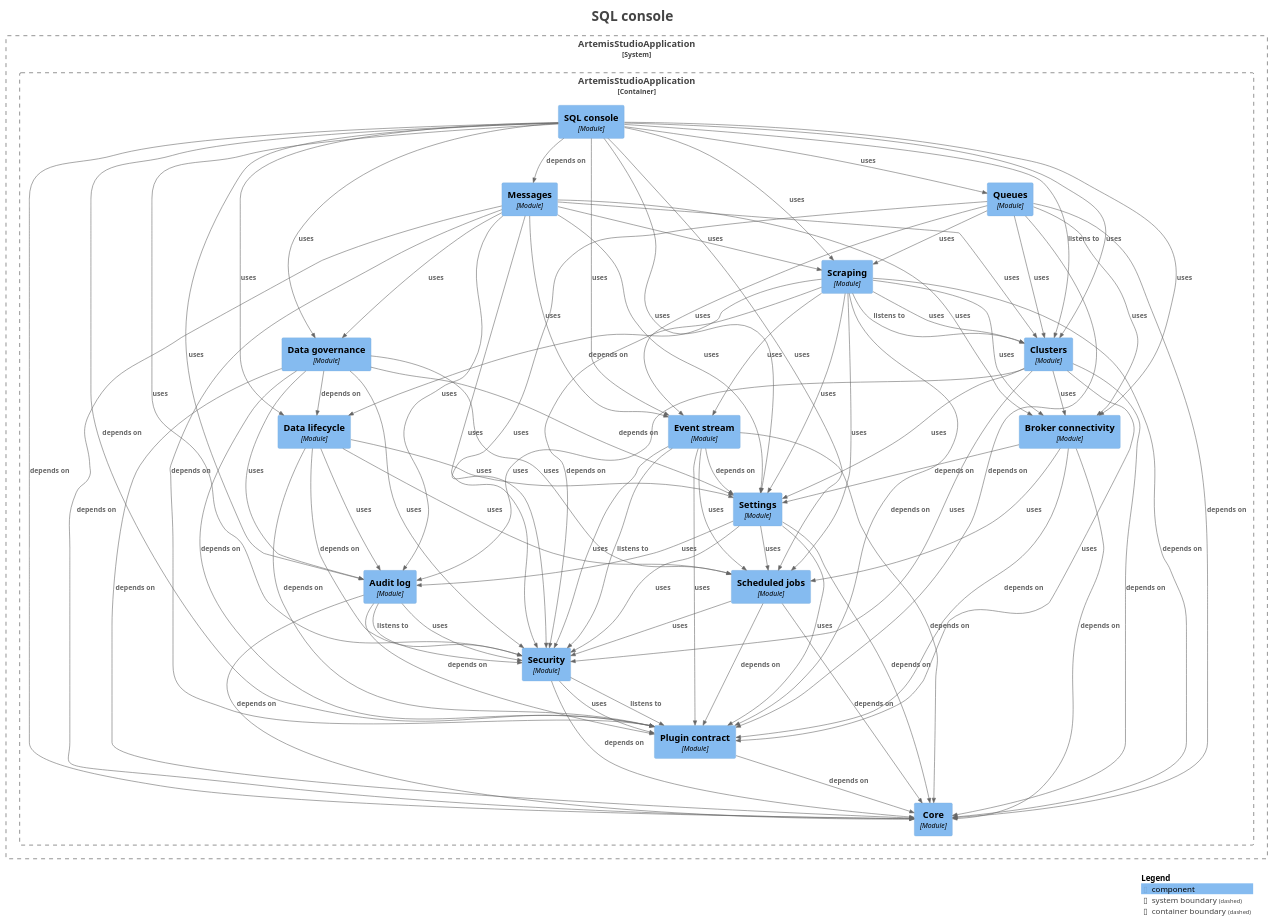
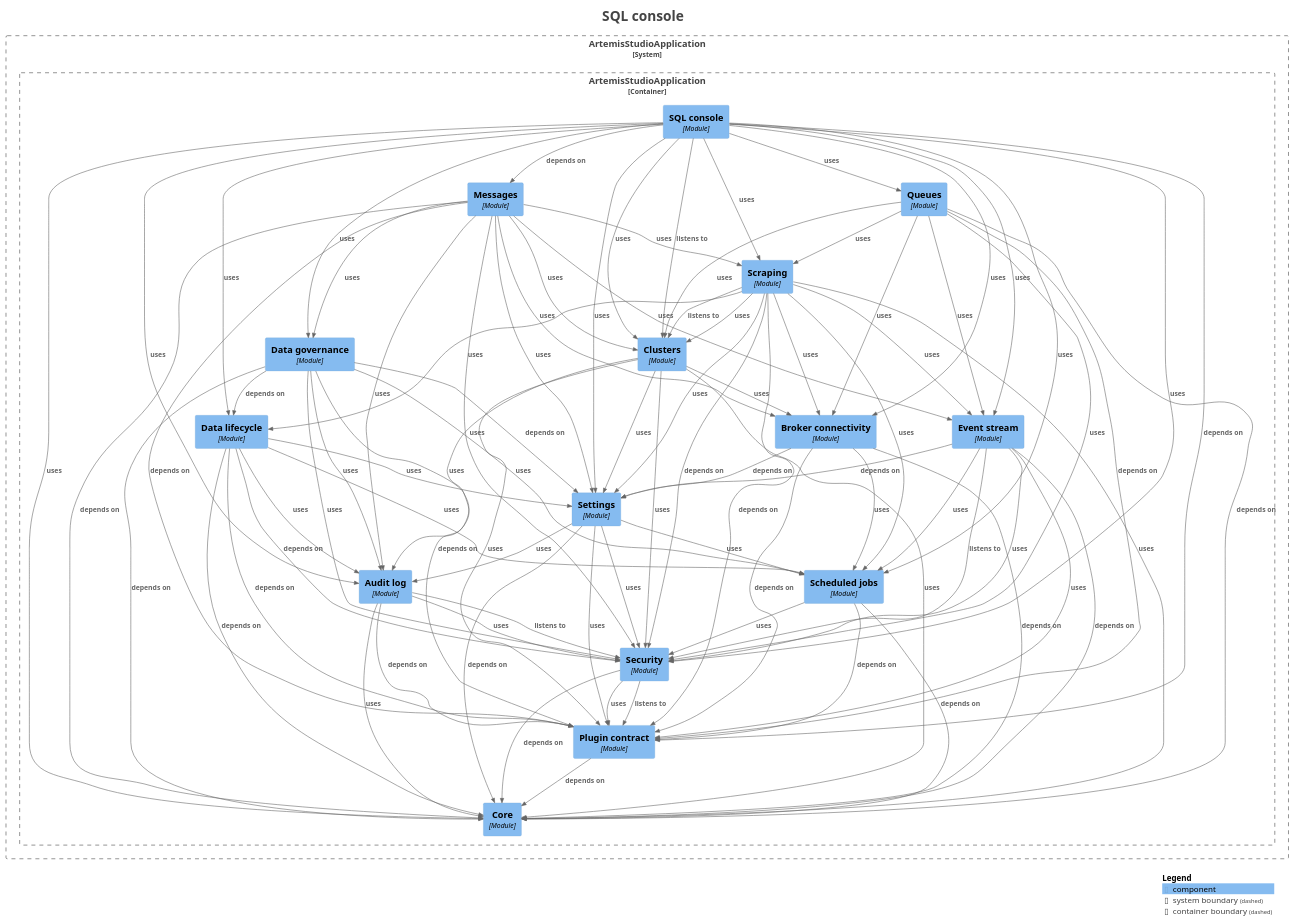
The diagram in docs/modules/module-feature.sql.puml (sudoitir/artemis-studio), drawn with PlantUML before and after one commit. The commit also changed 498 other files, not shown here.

```diff
--- a/docs/modules/module-feature.sql.puml
+++ b/docs/modules/module-feature.sql.puml
@@ -36,7 +36,7 @@
 
 }
 
-Rel(ArtemisStudioApplication.ArtemisStudioApplication.Auditlog, ArtemisStudioApplication.ArtemisStudioApplication.Core, "depends on", $techn="", $tags="", $link="")
+Rel(ArtemisStudioApplication.ArtemisStudioApplication.Auditlog, ArtemisStudioApplication.ArtemisStudioApplication.Core, "uses", $techn="", $tags="", $link="")
 Rel(ArtemisStudioApplication.ArtemisStudioApplication.Auditlog, ArtemisStudioApplication.ArtemisStudioApplication.Plugincontract, "depends on", $techn="", $tags="", $link="")
 Rel(ArtemisStudioApplication.ArtemisStudioApplication.Auditlog, ArtemisStudioApplication.ArtemisStudioApplication.Security, "listens to", $techn="", $tags="", $link="")
 Rel(ArtemisStudioApplication.ArtemisStudioApplication.Auditlog, ArtemisStudioApplication.ArtemisStudioApplication.Security, "uses", $techn="", $tags="", $link="")
@@ -46,7 +46,7 @@
 Rel(ArtemisStudioApplication.ArtemisStudioApplication.Brokerconnectivity, ArtemisStudioApplication.ArtemisStudioApplication.Settings, "depends on", $techn="", $tags="", $link="")
 Rel(ArtemisStudioApplication.ArtemisStudioApplication.Clusters, ArtemisStudioApplication.ArtemisStudioApplication.Auditlog, "uses", $techn="", $tags="", $link="")
 Rel(ArtemisStudioApplication.ArtemisStudioApplication.Clusters, ArtemisStudioApplication.ArtemisStudioApplication.Brokerconnectivity, "uses", $techn="", $tags="", $link="")
-Rel(ArtemisStudioApplication.ArtemisStudioApplication.Clusters, ArtemisStudioApplication.ArtemisStudioApplication.Core, "depends on", $techn="", $tags="", $link="")
+Rel(ArtemisStudioApplication.ArtemisStudioApplication.Clusters, ArtemisStudioApplication.ArtemisStudioApplication.Core, "uses", $techn="", $tags="", $link="")
 Rel(ArtemisStudioApplication.ArtemisStudioApplication.Clusters, ArtemisStudioApplication.ArtemisStudioApplication.Plugincontract, "uses", $techn="", $tags="", $link="")
 Rel(ArtemisStudioApplication.ArtemisStudioApplication.Clusters, ArtemisStudioApplication.ArtemisStudioApplication.Security, "uses", $techn="", $tags="", $link="")
 Rel(ArtemisStudioApplication.ArtemisStudioApplication.Clusters, ArtemisStudioApplication.ArtemisStudioApplication.Settings, "uses", $techn="", $tags="", $link="")
@@ -58,6 +58,7 @@
 Rel(ArtemisStudioApplication.ArtemisStudioApplication.Datagovernance, ArtemisStudioApplication.ArtemisStudioApplication.Security, "uses", $techn="", $tags="", $link="")
 Rel(ArtemisStudioApplication.ArtemisStudioApplication.Datagovernance, ArtemisStudioApplication.ArtemisStudioApplication.Settings, "depends on", $techn="", $tags="", $link="")
 Rel(ArtemisStudioApplication.ArtemisStudioApplication.Datalifecycle, ArtemisStudioApplication.ArtemisStudioApplication.Auditlog, "uses", $techn="", $tags="", $link="")
+Rel(ArtemisStudioApplication.ArtemisStudioApplication.Datalifecycle, ArtemisStudioApplication.ArtemisStudioApplication.Core, "depends on", $techn="", $tags="", $link="")
 Rel(ArtemisStudioApplication.ArtemisStudioApplication.Datalifecycle, ArtemisStudioApplication.ArtemisStudioApplication.Plugincontract, "depends on", $techn="", $tags="", $link="")
 Rel(ArtemisStudioApplication.ArtemisStudioApplication.Datalifecycle, ArtemisStudioApplication.ArtemisStudioApplication.Scheduledjobs, "uses", $techn="", $tags="", $link="")
 Rel(ArtemisStudioApplication.ArtemisStudioApplication.Datalifecycle, ArtemisStudioApplication.ArtemisStudioApplication.Security, "depends on", $techn="", $tags="", $link="")
@@ -90,7 +91,7 @@
 Rel(ArtemisStudioApplication.ArtemisStudioApplication.SQLconsole, ArtemisStudioApplication.ArtemisStudioApplication.Brokerconnectivity, "uses", $techn="", $tags="", $link="")
 Rel(ArtemisStudioApplication.ArtemisStudioApplication.SQLconsole, ArtemisStudioApplication.ArtemisStudioApplication.Clusters, "listens to", $techn="", $tags="", $link="")
 Rel(ArtemisStudioApplication.ArtemisStudioApplication.SQLconsole, ArtemisStudioApplication.ArtemisStudioApplication.Clusters, "uses", $techn="", $tags="", $link="")
-Rel(ArtemisStudioApplication.ArtemisStudioApplication.SQLconsole, ArtemisStudioApplication.ArtemisStudioApplication.Core, "depends on", $techn="", $tags="", $link="")
+Rel(ArtemisStudioApplication.ArtemisStudioApplication.SQLconsole, ArtemisStudioApplication.ArtemisStudioApplication.Core, "uses", $techn="", $tags="", $link="")
 Rel(ArtemisStudioApplication.ArtemisStudioApplication.SQLconsole, ArtemisStudioApplication.ArtemisStudioApplication.Datagovernance, "uses", $techn="", $tags="", $link="")
 Rel(ArtemisStudioApplication.ArtemisStudioApplication.SQLconsole, ArtemisStudioApplication.ArtemisStudioApplication.Datalifecycle, "uses", $techn="", $tags="", $link="")
 Rel(ArtemisStudioApplication.ArtemisStudioApplication.SQLconsole, ArtemisStudioApplication.ArtemisStudioApplication.Eventstream, "uses", $techn="", $tags="", $link="")
@@ -107,8 +108,8 @@
 Rel(ArtemisStudioApplication.ArtemisStudioApplication.Scraping, ArtemisStudioApplication.ArtemisStudioApplication.Brokerconnectivity, "uses", $techn="", $tags="", $link="")
 Rel(ArtemisStudioApplication.ArtemisStudioApplication.Scraping, ArtemisStudioApplication.ArtemisStudioApplication.Clusters, "listens to", $techn="", $tags="", $link="")
 Rel(ArtemisStudioApplication.ArtemisStudioApplication.Scraping, ArtemisStudioApplication.ArtemisStudioApplication.Clusters, "uses", $techn="", $tags="", $link="")
-Rel(ArtemisStudioApplication.ArtemisStudioApplication.Scraping, ArtemisStudioApplication.ArtemisStudioApplication.Core, "depends on", $techn="", $tags="", $link="")
-Rel(ArtemisStudioApplication.ArtemisStudioApplication.Scraping, ArtemisStudioApplication.ArtemisStudioApplication.Datalifecycle, "depends on", $techn="", $tags="", $link="")
+Rel(ArtemisStudioApplication.ArtemisStudioApplication.Scraping, ArtemisStudioApplication.ArtemisStudioApplication.Core, "uses", $techn="", $tags="", $link="")
+Rel(ArtemisStudioApplication.ArtemisStudioApplication.Scraping, ArtemisStudioApplication.ArtemisStudioApplication.Datalifecycle, "uses", $techn="", $tags="", $link="")
 Rel(ArtemisStudioApplication.ArtemisStudioApplication.Scraping, ArtemisStudioApplication.ArtemisStudioApplication.Eventstream, "uses", $techn="", $tags="", $link="")
 Rel(ArtemisStudioApplication.ArtemisStudioApplication.Scraping, ArtemisStudioApplication.ArtemisStudioApplication.Plugincontract, "depends on", $techn="", $tags="", $link="")
 Rel(ArtemisStudioApplication.ArtemisStudioApplication.Scraping, ArtemisStudioApplication.ArtemisStudioApplication.Scheduledjobs, "uses", $techn="", $tags="", $link="")
```
